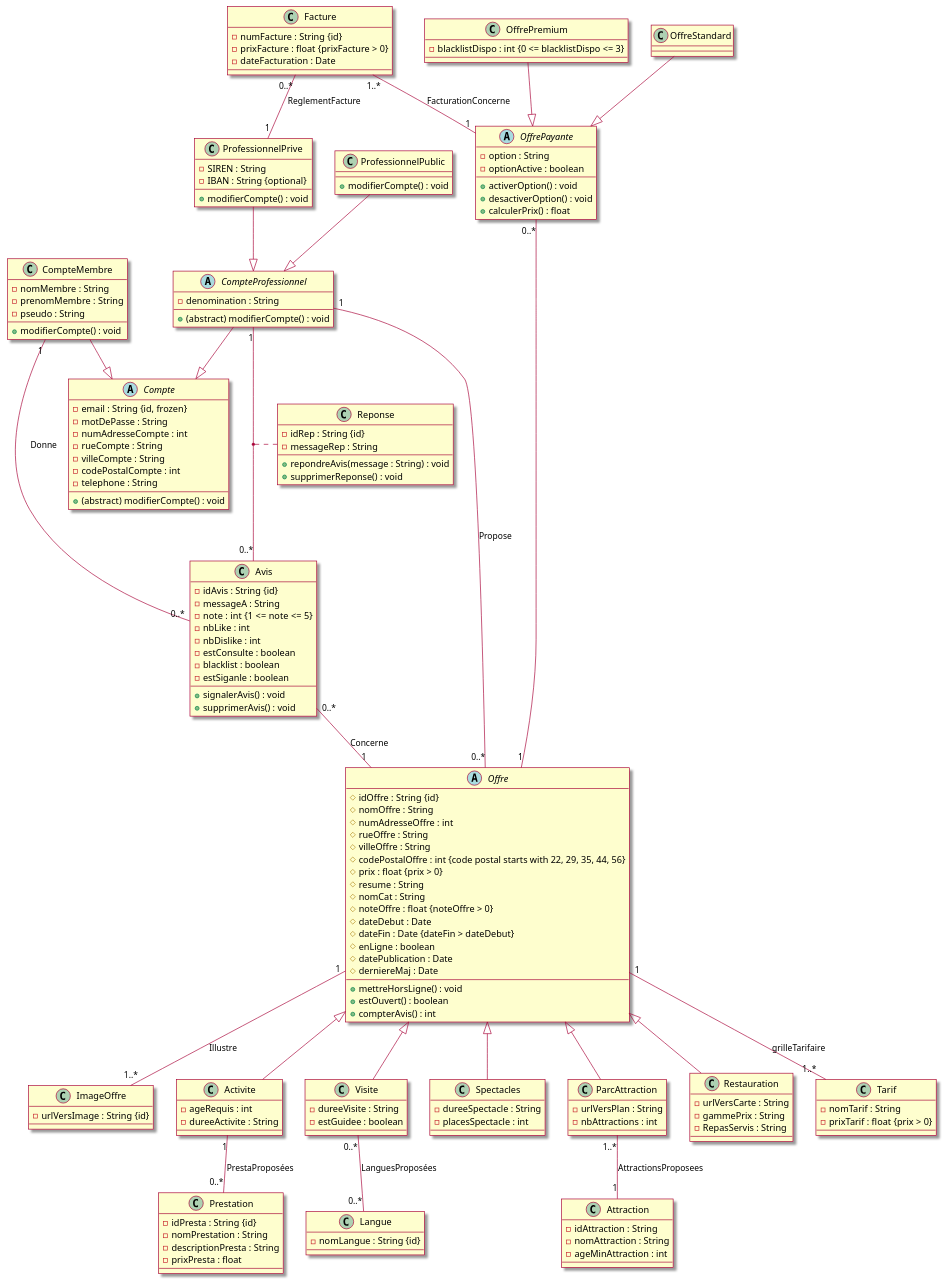
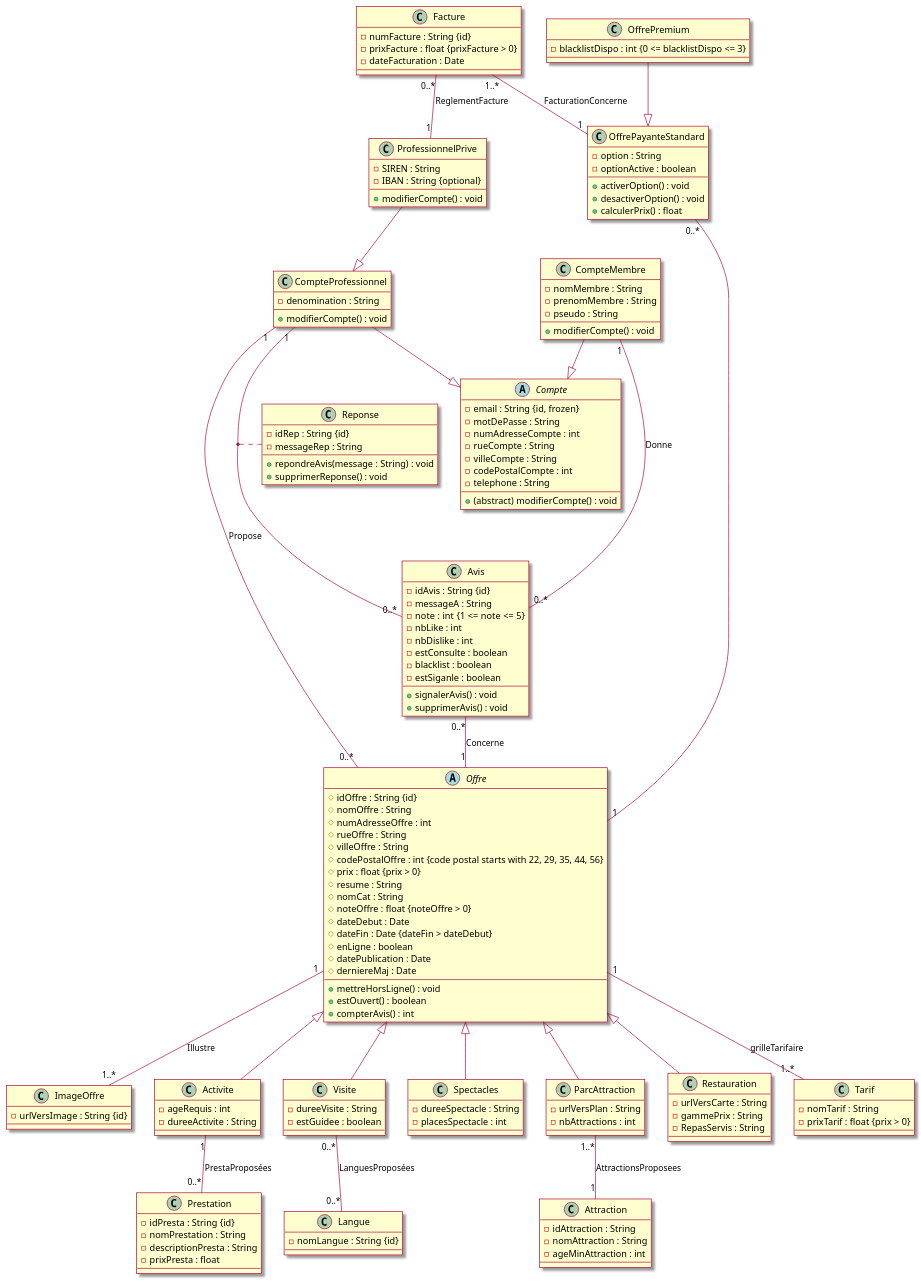
Before and after one commit to ArianeGL/c1.2-srfc: the diagram in bdd/uml_alternatif.puml, drawn with PlantUML. The commit also changed 1 other file, not shown here.

Commit message:
removed ProfessionnelPublic & OffreStandard

```diff
--- a/bdd/uml_alternatif.puml
+++ b/bdd/uml_alternatif.puml
@@ -1,190 +1,183 @@
 @startuml
 
 skin rose
 
 abstract class Compte {
   - email : String {id, frozen}
   - motDePasse : String
   - numAdresseCompte : int
   - rueCompte : String
   - villeCompte : String
   - codePostalCompte : int
   - telephone : String
   +(abstract) modifierCompte() : void
 }
 
 class CompteMembre {
   - nomMembre : String
   - prenomMembre : String
   - pseudo : String
   + modifierCompte() : void
 }
 
 
-abstract class CompteProfessionnel {
+class CompteProfessionnel {
   - denomination : String
-  + (abstract) modifierCompte() : void
+  + modifierCompte() : void
 }
 
 class ProfessionnelPrive {
   - SIREN : String
   - IBAN : String {optional}
   + modifierCompte() : void
 }
 
-class ProfessionnelPublic {
-  + modifierCompte() : void
-}
-
-ProfessionnelPublic --|> CompteProfessionnel
 ProfessionnelPrive --|> CompteProfessionnel
 
 CompteMembre --|> Compte
 CompteProfessionnel --|> Compte
 
 abstract class Offre {
   # idOffre : String {id}
   # nomOffre : String
   # numAdresseOffre : int
   # rueOffre : String
   # villeOffre : String
   # codePostalOffre : int {code postal starts with 22, 29, 35, 44, 56}
   # prix : float {prix > 0}
   # resume : String
   # nomCat : String
   # noteOffre : float {noteOffre > 0}
   # dateDebut : Date
   # dateFin : Date {dateFin > dateDebut}
   # enLigne : boolean
   # datePublication : Date
   # derniereMaj : Date
   + mettreHorsLigne() : void
   + estOuvert() : boolean
   + compterAvis() : int
 }
 
 class ImageOffre {
   - urlVersImage : String {id}
 }
 
 Offre "1" -- "1..*" ImageOffre: Illustre
 
 class Activite{
   - ageRequis : int
   - dureeActivite : String
 }
 
 class Prestation {
   - idPresta : String {id}
   - nomPrestation : String
   - descriptionPresta : String
   - prixPresta : float
 }
 
 Activite "1" -- "0..*" Prestation : PrestaProposées
 
 class Visite {
   - dureeVisite : String
   - estGuidee : boolean
 }
 
 class Langue {
   - nomLangue : String {id}
 }
 
 Visite "0..*" -- "0..*" Langue : LanguesProposées
 
 class Spectacles {
   - dureeSpectacle : String
   - placesSpectacle : int
   
 }
 
 class ParcAttraction {
   - urlVersPlan : String
   - nbAttractions : int
 }
 
 class Attraction {
   - idAttraction : String
   - nomAttraction : String
   - ageMinAttraction : int
 }
 
 ParcAttraction "1..*" -- "1" Attraction : AttractionsProposees
 
 class Restauration {
   - urlVersCarte : String
   - gammePrix : String
   - RepasServis : String
 }
 
 Offre <|-- Activite
 Offre <|-- Visite
 Offre <|-- Spectacles
 Offre <|-- ParcAttraction
 Offre <|-- Restauration
 
-abstract class OffrePayante {
+class OffrePayanteStandard {
   - option : String
   - optionActive : boolean
   + activerOption() : void
   + desactiverOption() : void
   + calculerPrix() : float
 }
 
 class Tarif {
   - nomTarif : String
   - prixTarif : float {prix > 0}
 }
 
 Offre "1" -- "1..*" Tarif : grilleTarifaire
 
 
 class OffrePremium {
   - blacklistDispo : int {0 <= blacklistDispo <= 3}
 }
 
-class OffreStandard
-OffrePayante "0..*" -- "1" Offre
-OffreStandard --|> OffrePayante
-OffrePremium --|> OffrePayante
+OffrePayanteStandard "0..*" -- "1" Offre
+OffrePremium --|> OffrePayanteStandard
 
 
 class Avis {
   - idAvis : String {id}
   - messageA : String
   - note : int {1  <= note <= 5}
   - nbLike : int
   - nbDislike : int
   - estConsulte : boolean
   - blacklist : boolean
   - estSiganle : boolean
   + signalerAvis() : void
   + supprimerAvis() : void
 }
 
 class Reponse {
   - idRep : String {id}
   - messageRep : String
   + repondreAvis(message : String) : void
   + supprimerReponse() : void
 }
 
 CompteProfessionnel "1" -- "0..*" Offre : Propose
 CompteMembre "1" -- "0..*" Avis : Donne
 Avis "0..*" -- "1" Offre : Concerne
 
 CompteProfessionnel "1" -- "0..*" Avis
 (CompteProfessionnel, Avis) .. Reponse
 
 class Facture {
   - numFacture : String {id}
   - prixFacture : float {prixFacture > 0}
   - dateFacturation : Date
 }
 
-Facture "1..*" -- "1" OffrePayante: FacturationConcerne
+Facture "1..*" -- "1" OffrePayanteStandard: FacturationConcerne
 Facture "0..*" -- "1" ProfessionnelPrive : ReglementFacture
 
 @enduml
```
